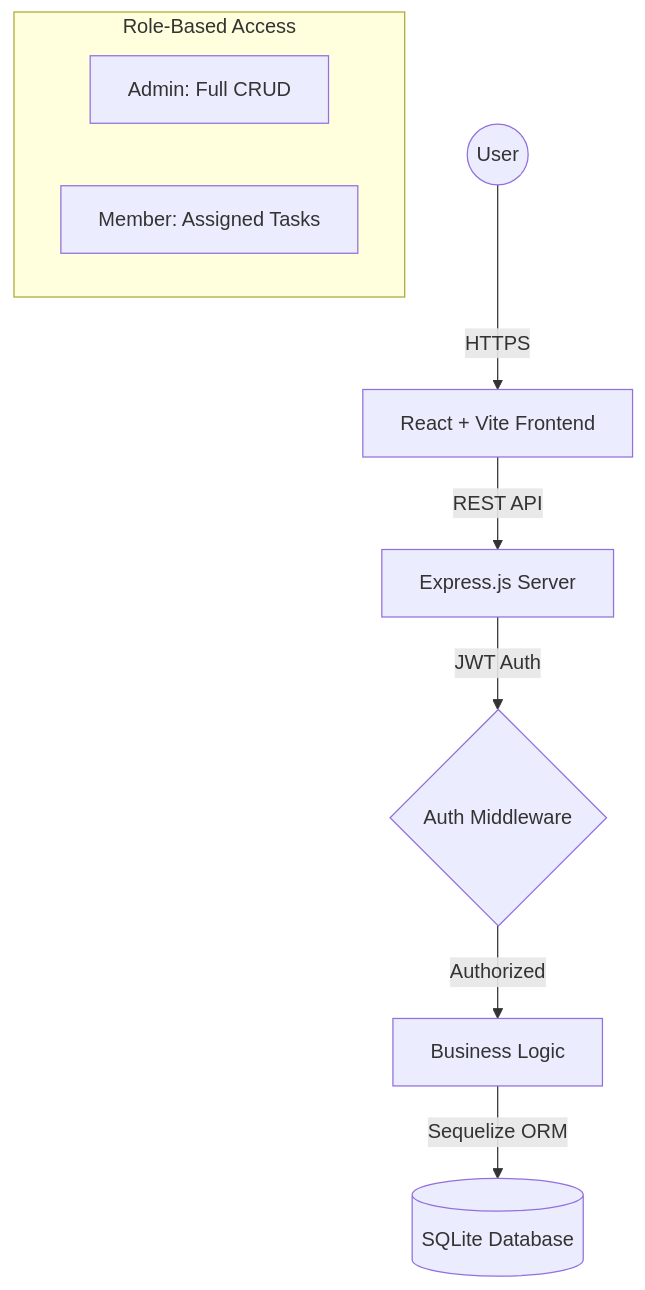
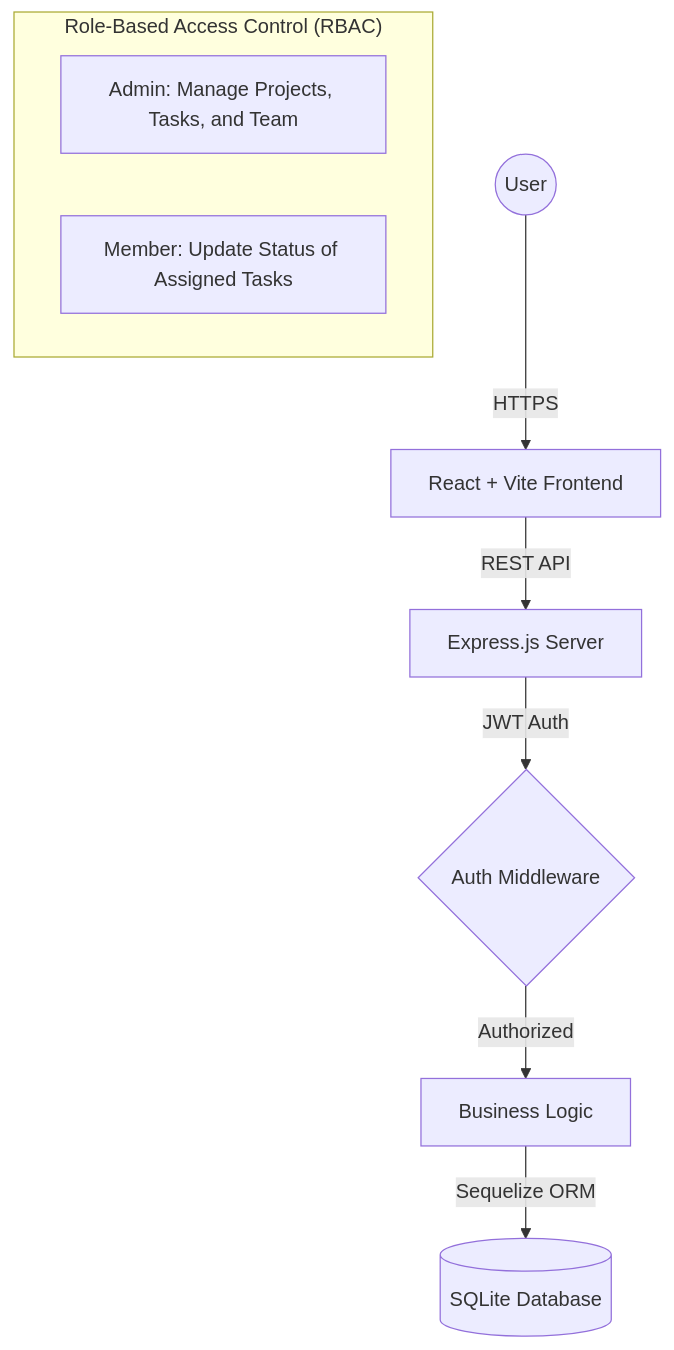
One commit to aditya29625/team-task-manager changed the diagram in README.md. Above: the diagram before and after it, drawn with Mermaid. The commit also changed other lines of this file, not shown here.

````diff
--- a/README.md
+++ b/README.md
@@ -13,13 +15,13 @@
 ```mermaid
 graph TD
     User((User)) -->|HTTPS| Frontend[React + Vite Frontend]
     Frontend -->|REST API| Backend[Express.js Server]
     Backend -->|JWT Auth| Middleware{Auth Middleware}
     Middleware -->|Authorized| Controllers[Business Logic]
     Controllers -->|Sequelize ORM| DB[(SQLite Database)]
     
-    subgraph "Role-Based Access"
-        Admin[Admin: Full CRUD]
-        Member[Member: Assigned Tasks]
+    subgraph "Role-Based Access Control (RBAC)"
+        Admin[Admin: Manage Projects, Tasks, and Team]
+        Member[Member: Update Status of Assigned Tasks]
     end
 ```
````
